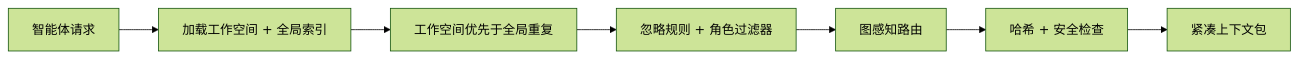
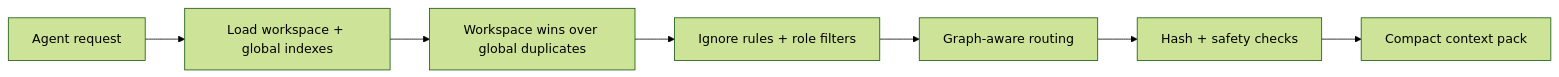
Before and after one commit to the-long-ride/engram: the diagram in website/i18n/zh/docusaurus-plugin-content-docs/version-0.0.27/concepts/read-path.md, drawn with Mermaid (forest theme). The commit also changed other lines of this file and 826 other files, not shown here.

````diff
--- a/website/i18n/zh/docusaurus-plugin-content-docs/version-0.0.27/concepts/read-path.md
+++ b/website/i18n/zh/docusaurus-plugin-content-docs/version-0.0.27/concepts/read-path.md
@@ -44,9 +44,9 @@
 ```mermaid
 flowchart LR
-  A[智能体请求] --> B[加载工作空间 + 全局索引]
-  B --> C[工作空间优先于全局重复]
-  C --> D[忽略规则 + 角色过滤器]
-  D --> E[图感知路由]
-  E --> F[哈希 + 安全检查]
-  F --> G[紧凑上下文包]
+  A[Agent request] --> B[Load workspace + global indexes]
+  B --> C[Workspace wins over global duplicates]
+  C --> D[Ignore rules + role filters]
+  D --> E[Graph-aware routing]
+  E --> F[Hash + safety checks]
+  F --> G[Compact context pack]
 ```
````
